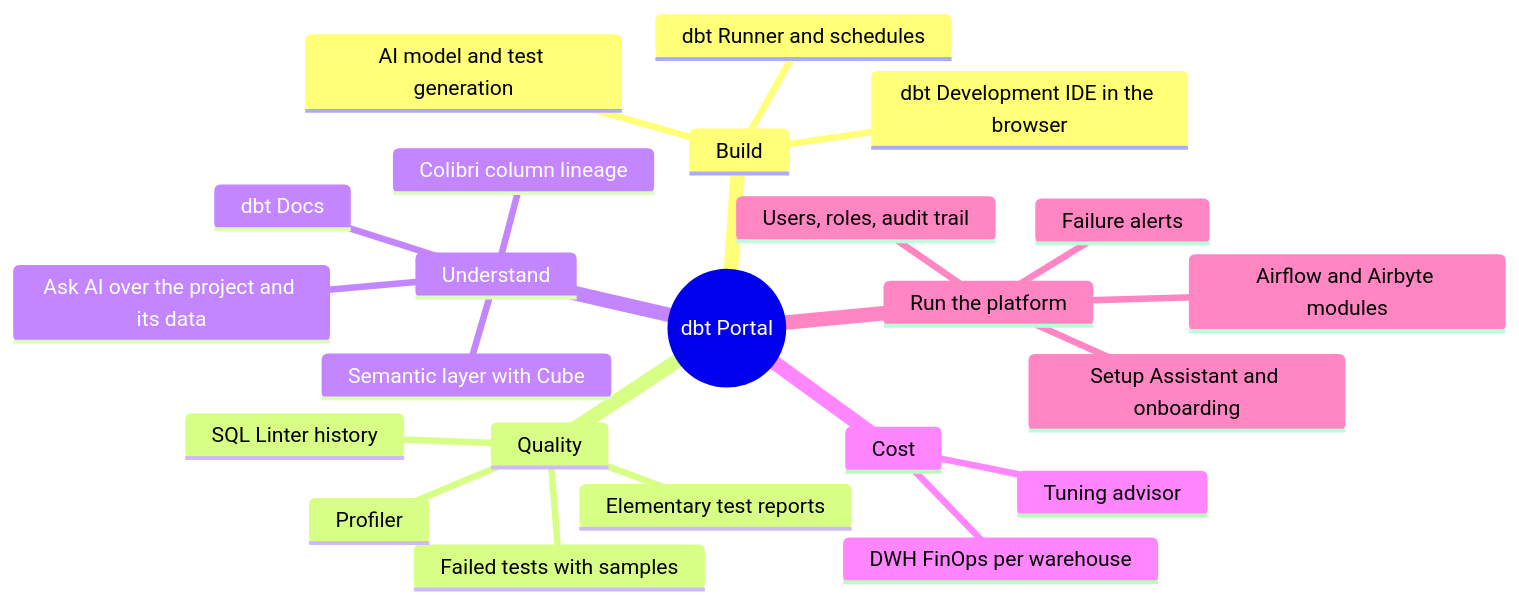
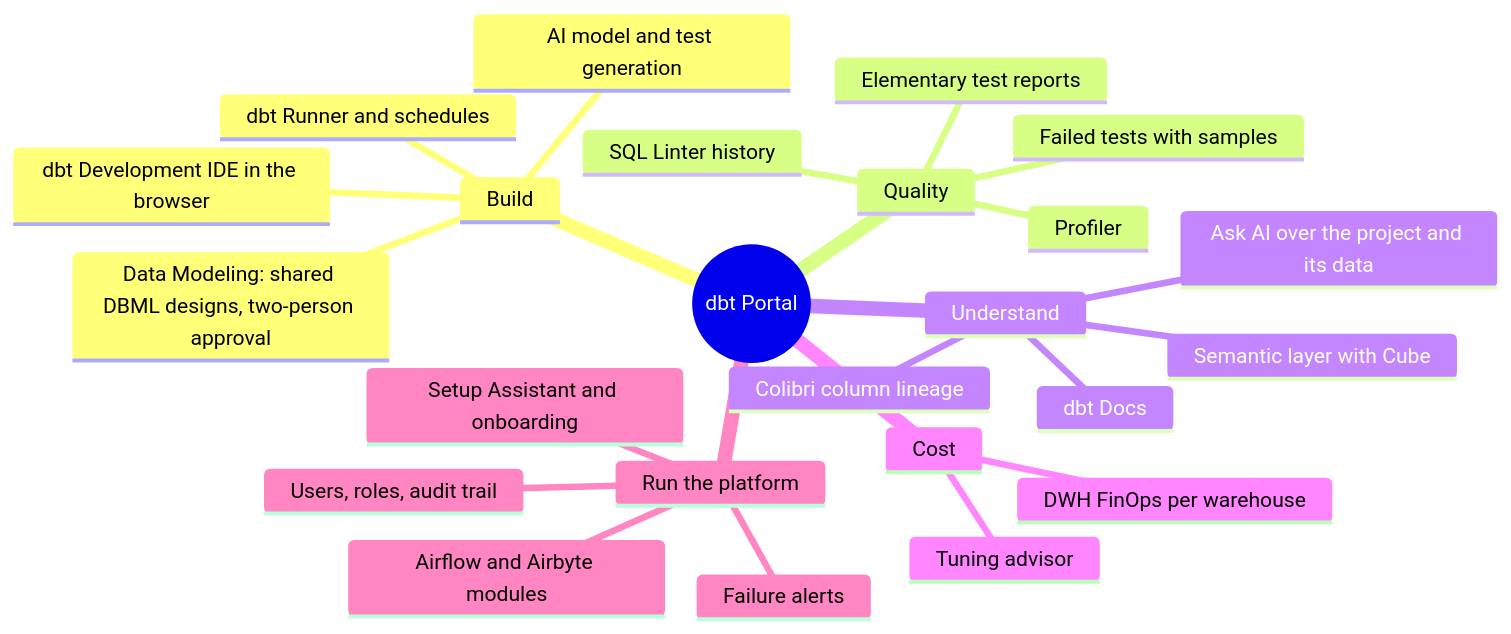
The first of 9 diagrams in docs/SYSTEM_GUIDE.md (omaryehia015/capgemini-dbt-portal-deploy), drawn with Mermaid before and after one commit. The commit also changed 2 other files, not shown here.

Commit message:
Docs: Data Modeling and its reminder settings
The portal has a Data Modeling page (shared DBML designs, approved by a
second person, kept true to the code by suggestions after each Dev run).
DESIGN_REMINDER_DAYS and DESIGN_ESCALATION_DAYS set when a waiting change
is shown as overdue and when it is escalated to reviewers.

````diff
--- a/docs/SYSTEM_GUIDE.md
+++ b/docs/SYSTEM_GUIDE.md
@@ -24,26 +24,27 @@
 ```mermaid
 mindmap
   root((dbt Portal))
     Build
+      Data Modeling: shared DBML designs, two-person approval
       dbt Runner and schedules
       dbt Development IDE in the browser
       AI model and test generation
     Quality
       Elementary test reports
       Failed tests with samples
       SQL Linter history
       Profiler
     Understand
       dbt Docs
       Colibri column lineage
       Ask AI over the project and its data
       Semantic layer with Cube
     Cost
       DWH FinOps per warehouse
       Tuning advisor
     Run the platform
       Setup Assistant and onboarding
       Users, roles, audit trail
       Airflow and Airbyte modules
       Failure alerts
 ```
````
